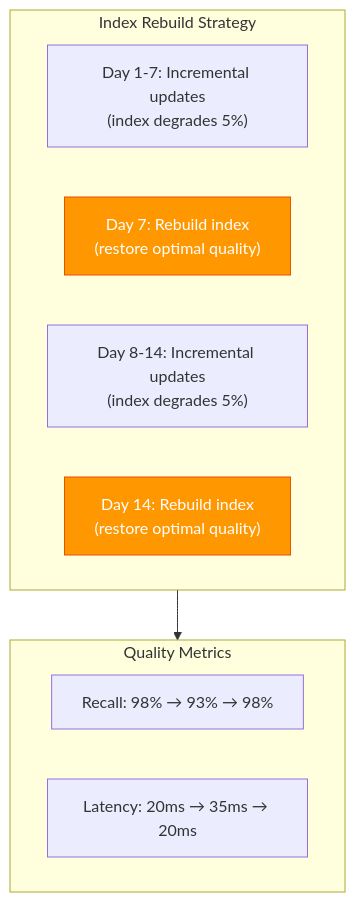
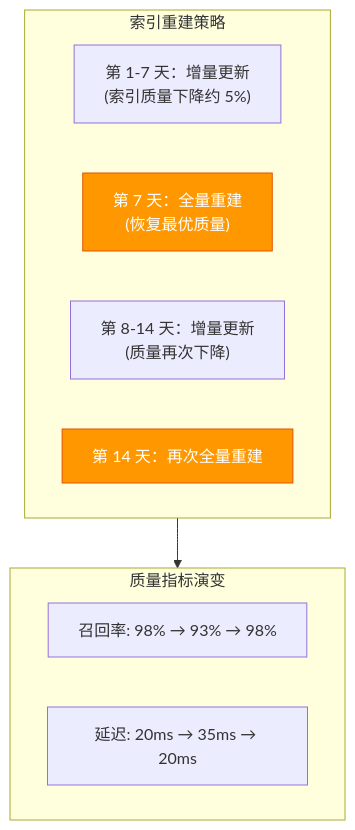
Diagram 12 of 14 in i18n/zh-Hans/docusaurus-plugin-content-docs/current/ai/rag/03-index.mdx (YiWang24/AiDIY), drawn with Mermaid before and after one commit. The commit also changed other lines of this file and 59 other files, not shown here.

````diff
--- a/i18n/zh-Hans/docusaurus-plugin-content-docs/current/ai/rag/03-index.mdx
+++ b/i18n/zh-Hans/docusaurus-plugin-content-docs/current/ai/rag/03-index.mdx
@@ -887,19 +831,19 @@
 ```mermaid
 flowchart TB
-    subgraph Rebuild["Index Rebuild Strategy"]
-        R1["Day 1-7: Incremental updates<br/>(index degrades 5%)"]
-        R2["Day 7: Rebuild index<br/>(restore optimal quality)"]
-        R3["Day 8-14: Incremental updates<br/>(index degrades 5%)"]
-        R4["Day 14: Rebuild index<br/>(restore optimal quality)"]
+    subgraph Rebuild["索引重建策略"]
+        R1["第 1-7 天：增量更新<br/>(索引质量下降约 5%)"]
+        R2["第 7 天：全量重建<br/>(恢复最优质量)"]
+        R3["第 8-14 天：增量更新<br/>(质量再次下降)"]
+        R4["第 14 天：再次全量重建"]
     end
 
-    subgraph Metrics["Quality Metrics"]
-        Q1["Recall: 98% → 93% → 98%"]
-        Q2["Latency: 20ms → 35ms → 20ms"]
+    subgraph Metrics["质量指标演变"]
+        Q1["召回率: 98% → 93% → 98%"]
+        Q2["延迟: 20ms → 35ms → 20ms"]
     end
 
     Rebuild --> Metrics
 
     style R2 fill:#ff9800,stroke:#e65100,color:#fff
     style R4 fill:#ff9800,stroke:#e65100,color:#fff
 ```
````
